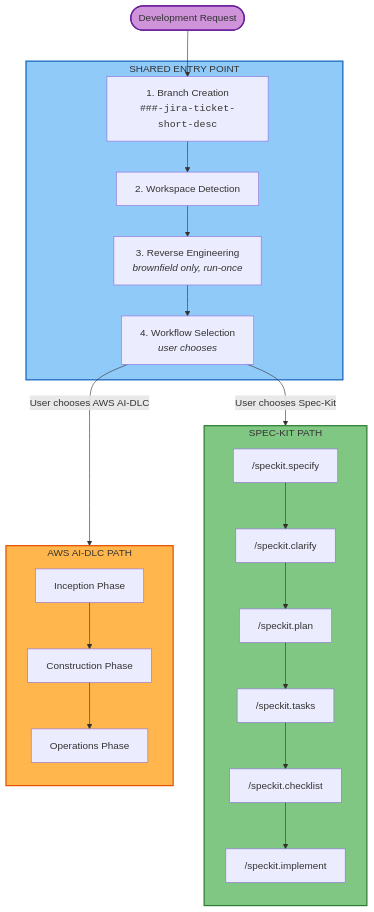
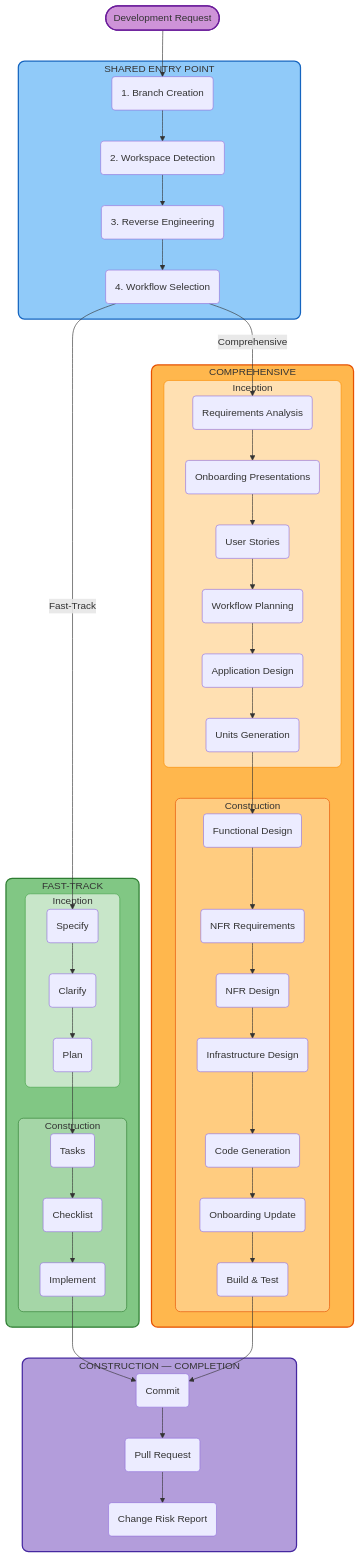
One commit to premkumarjanagarajan/fluid-flow-ai changed the diagram in README.md. Above: the diagram before and after it, drawn with Mermaid. The commit also changed other lines of this file and 105 other files, not shown here.

````diff
--- a/README.md
+++ b/README.md
@@ -25,41 +25,75 @@
 ```mermaid
 flowchart TD
     Request(["Development Request"])
 
     subgraph ENTRY["SHARED ENTRY POINT"]
-        B1["1. Branch Creation<br/><code>###-jira-ticket-short-desc</code>"]
-        B2["2. Workspace Detection"]
-        B3["3. Reverse Engineering<br/><i>brownfield only, run-once</i>"]
-        B4["4. Workflow Selection<br/><i>user chooses</i>"]
+        B1("1. Branch Creation")
+        B2("2. Workspace Detection")
+        B3("3. Reverse Engineering")
+        B4("4. Workflow Selection")
         B1 --> B2 --> B3 --> B4
     end
 
     Request --> B1
 
-    subgraph SPECKIT["SPEC-KIT PATH"]
-        direction TB
-        SK1["/speckit.specify"]
-        SK2["/speckit.clarify"]
-        SK3["/speckit.plan"]
-        SK4["/speckit.tasks"]
-        SK5["/speckit.checklist"]
-        SK6["/speckit.implement"]
-        SK1 --> SK2 --> SK3 --> SK4 --> SK5 --> SK6
+    subgraph FASTTRACK["FAST-TRACK"]
+        subgraph FT_INC["Inception"]
+            FT1("Specify")
+            FT2("Clarify")
+            FT3("Plan")
+            FT1 --> FT2 --> FT3
+        end
+        subgraph FT_CON["Construction"]
+            FT4("Tasks")
+            FT5("Checklist")
+            FT6("Implement")
+            FT4 --> FT5 --> FT6
+        end
+        FT3 --> FT4
     end
 
-    subgraph AIDLC["AWS AI-DLC PATH"]
-        direction TB
-        AD1["Inception Phase"]
-        AD2["Construction Phase"]
-        AD3["Operations Phase"]
-        AD1 --> AD2 --> AD3
+    subgraph COMP["COMPREHENSIVE"]
+        subgraph CP_INC["Inception"]
+            CP1("Requirements Analysis")
+            CP2("Onboarding Presentations")
+            CP3("User Stories")
+            CP4("Workflow Planning")
+            CP5("Application Design")
+            CP6("Units Generation")
+            CP1 --> CP2 --> CP3 --> CP4 --> CP5 --> CP6
+        end
+        subgraph CP_CON["Construction"]
+            CP7("Functional Design")
+            CP8("NFR Requirements")
+            CP9("NFR Design")
+            CP10("Infrastructure Design")
+            CP11("Code Generation")
+            CP12("Onboarding Update")
+            CP13("Build & Test")
+            CP7 --> CP8 --> CP9 --> CP10 --> CP11 --> CP12 --> CP13
+        end
+        CP6 --> CP7
     end
 
-    B4 -->|"User chooses Spec-Kit"| SK1
-    B4 -->|"User chooses AWS AI-DLC"| AD1
+    subgraph FINISH["CONSTRUCTION — COMPLETION"]
+        FC1("Commit")
+        FC2("Pull Request")
+        FC3("Change Risk Report")
+        FC1 --> FC2 --> FC3
+    end
 
-    style ENTRY fill:#90CAF9,stroke:#1565C0,stroke-width:2px
-    style SPECKIT fill:#81C784,stroke:#2E7D32,stroke-width:2px
-    style AIDLC fill:#FFB74D,stroke:#E65100,stroke-width:2px
+    B4 -->|"Fast-Track"| FT1
+    B4 -->|"Comprehensive"| CP1
+    FT6 --> FC1
+    CP13 --> FC1
+
     style Request fill:#CE93D8,stroke:#6A1B9A,stroke-width:2px
+    style ENTRY fill:#90CAF9,stroke:#1565C0,stroke-width:2px,rx:10,ry:10
+    style FASTTRACK fill:#81C784,stroke:#2E7D32,stroke-width:2px,rx:10,ry:10
+    style FT_INC fill:#C8E6C9,stroke:#43A047,stroke-width:1px,rx:8,ry:8
+    style FT_CON fill:#A5D6A7,stroke:#2E7D32,stroke-width:1px,rx:8,ry:8
+    style COMP fill:#FFB74D,stroke:#E65100,stroke-width:2px,rx:10,ry:10
+    style CP_INC fill:#FFE0B2,stroke:#FB8C00,stroke-width:1px,rx:8,ry:8
+    style CP_CON fill:#FFCC80,stroke:#E65100,stroke-width:1px,rx:8,ry:8
+    style FINISH fill:#B39DDB,stroke:#4527A0,stroke-width:2px,rx:10,ry:10
 ```
````
